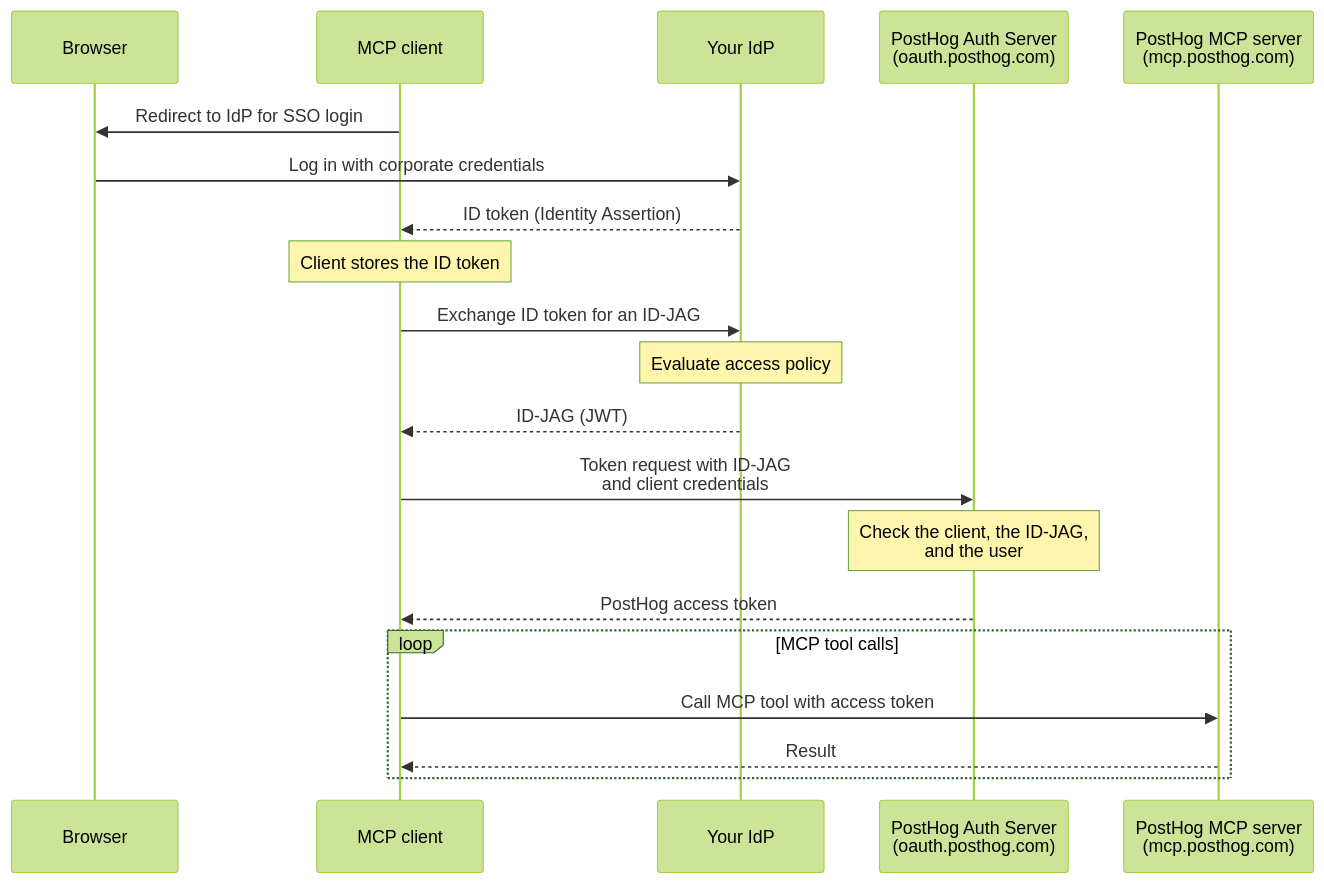
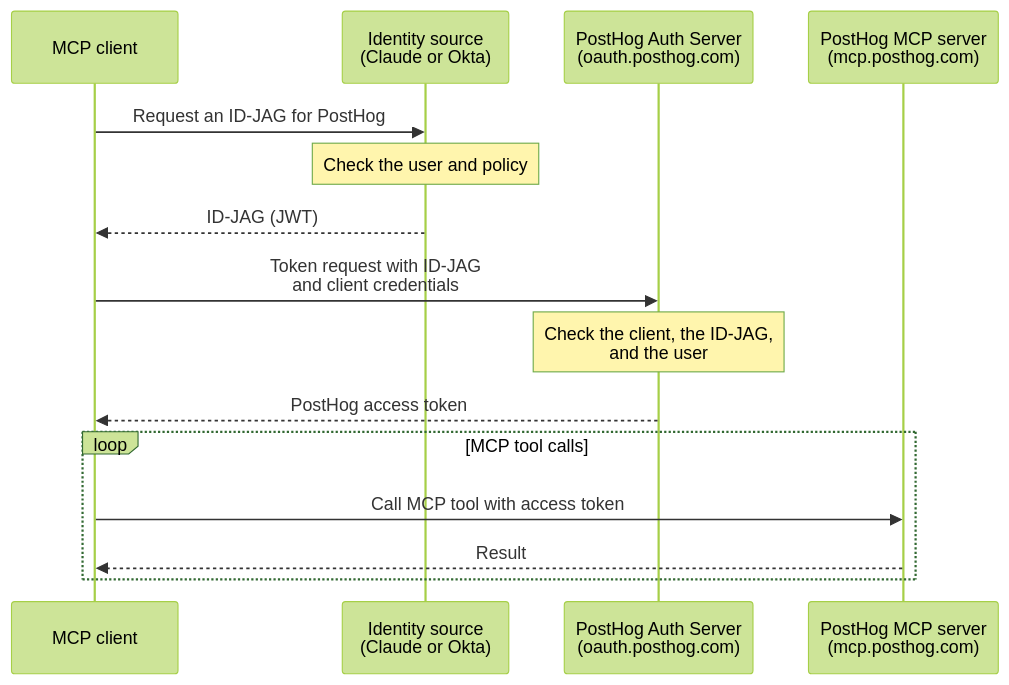
Before and after one commit to PostHog/posthog.com: the diagram in contents/docs/model-context-protocol/enterprise-managed-authorization.mdx, drawn with Mermaid (forest theme). The commit also changed other lines of this file and 4 other files, not shown here.

First line of the commit message:
docs(mcp): add claude-issued and okta guides for enterprise auth

````diff
--- a/contents/docs/model-context-protocol/enterprise-managed-authorization.mdx
+++ b/contents/docs/model-context-protocol/enterprise-managed-authorization.mdx
@@ -26,26 +46,20 @@
 ```mermaid
 sequenceDiagram
-    participant User as Browser
     participant Client as MCP client
-    participant IdP as Your IdP
+    participant Source as Identity source<br/>(Claude or Okta)
     participant AS as PostHog Auth Server<br/>(oauth.posthog.com)
     participant MCP as PostHog MCP server<br/>(mcp.posthog.com)
 
-    Client->>User: Redirect to IdP for SSO login
-    User->>IdP: Log in with corporate credentials
-    IdP-->>Client: ID token (Identity Assertion)
-    Note over Client: Client stores the ID token
-
-    Client->>IdP: Exchange ID token for an ID-JAG
-    Note over IdP: Evaluate access policy
-    IdP-->>Client: ID-JAG (JWT)
+    Client->>Source: Request an ID-JAG for PostHog
+    Note over Source: Check the user and policy
+    Source-->>Client: ID-JAG (JWT)
 
     Client->>AS: Token request with ID-JAG<br/>and client credentials
     Note over AS: Check the client, the ID-JAG,<br/>and the user
     AS-->>Client: PostHog access token
 
     loop MCP tool calls
         Client->>MCP: Call MCP tool with access token
         MCP-->>Client: Result
     end
 ```
````
